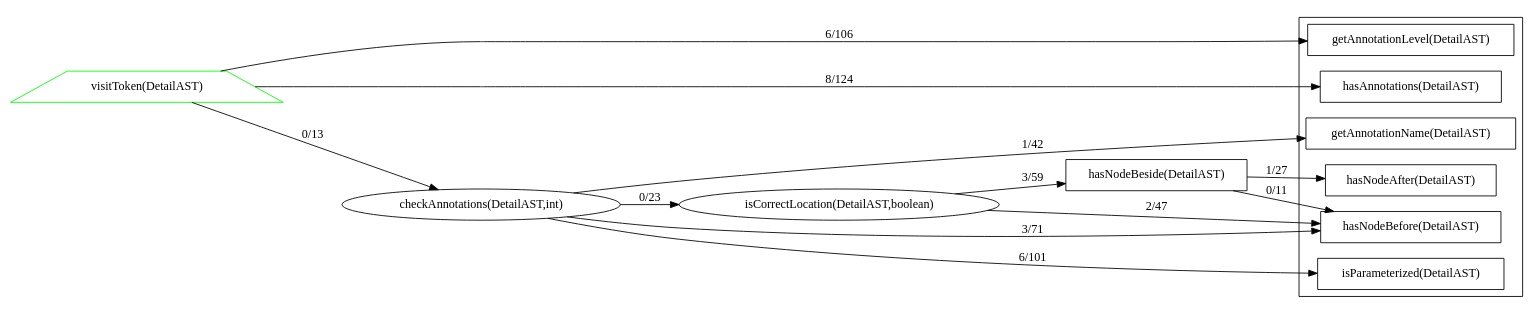
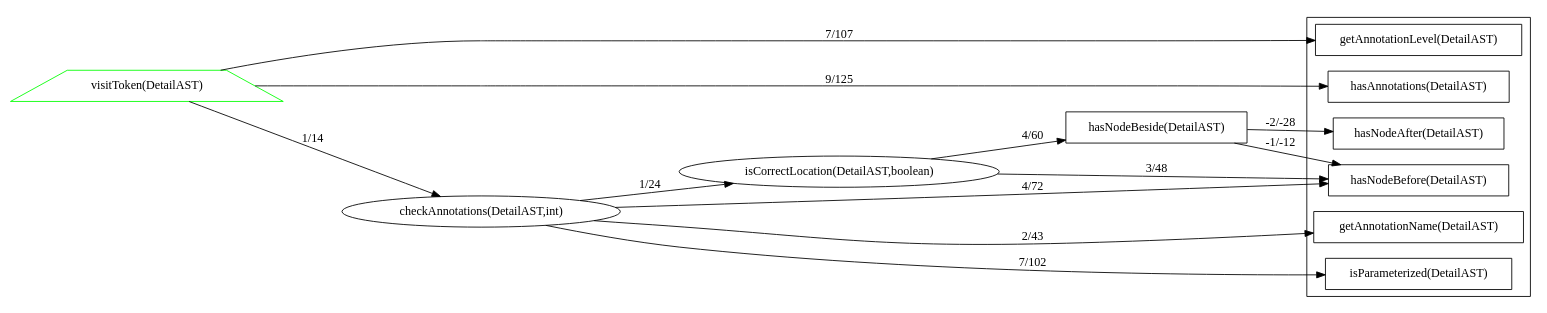
One commit to alex-zuy/alex-zuy.github.io changed the diagram in dot/before_AnnotationLocationCheck.java.dot. Above: the diagram before and after it, drawn with Graphviz. The commit also changed 11 other files, not shown here.

```diff
--- a/dot/before_AnnotationLocationCheck.java.dot
+++ b/dot/before_AnnotationLocationCheck.java.dot
@@ -1,40 +1,40 @@
 digraph dependencies {
 rankdir = "LR";
 subgraph clustersimple {
-"hasNodeBefore(DetailAST)" [ color="#000000ff" shape="polygon" ];
 "getAnnotationLevel(DetailAST)" [ color="#000000ff" shape="polygon" ];
-"isParameterized(DetailAST)" [ color="#000000ff" shape="polygon" ];
-"hasAnnotations(DetailAST)" [ color="#000000ff" shape="polygon" ];
 "getAnnotationName(DetailAST)" [ color="#000000ff" shape="polygon" ];
 "hasNodeAfter(DetailAST)" [ color="#000000ff" shape="polygon" ];
+"hasNodeBefore(DetailAST)" [ color="#000000ff" shape="polygon" ];
+"hasAnnotations(DetailAST)" [ color="#000000ff" shape="polygon" ];
+"isParameterized(DetailAST)" [ color="#000000ff" shape="polygon" ];
 }
+"checkAnnotations(DetailAST,int)" [ color="#000000ff" ];
 "hasNodeBeside(DetailAST)" [ color="#000000ff" shape="polygon" ];
+"isCorrectLocation(DetailAST,boolean)" [ color="#000000ff" ];
 "visitToken(DetailAST)" [ color="#00ff00ff" shape="trapezium" ];
-"checkAnnotations(DetailAST,int)" [ color="#000000ff" ];
-"isCorrectLocation(DetailAST,boolean)" [ color="#000000ff" ];
-"hasNodeBeside(DetailAST)" -> "hasNodeBefore(DetailAST)" [ label="0/11" ];
-"hasNodeBeside(DetailAST)" -> "hasNodeAfter(DetailAST)" [ label="1/27" ];
-"visitToken(DetailAST)" -> "getAnnotationLevel(DetailAST)" [ label="6/106" ];
-"visitToken(DetailAST)" -> "hasAnnotations(DetailAST)" [ label="8/124" ];
-"visitToken(DetailAST)" -> "checkAnnotations(DetailAST,int)" [ label="0/13" ];
-"checkAnnotations(DetailAST,int)" -> "hasNodeBefore(DetailAST)" [ label="3/71" ];
-"checkAnnotations(DetailAST,int)" -> "isParameterized(DetailAST)" [ label="6/101" ];
-"checkAnnotations(DetailAST,int)" -> "isCorrectLocation(DetailAST,boolean)" [ label="0/23" ];
-"checkAnnotations(DetailAST,int)" -> "getAnnotationName(DetailAST)" [ label="1/42" ];
-"isCorrectLocation(DetailAST,boolean)" -> "hasNodeBefore(DetailAST)" [ label="2/47" ];
-"isCorrectLocation(DetailAST,boolean)" -> "hasNodeBeside(DetailAST)" [ label="3/59" ];
+"checkAnnotations(DetailAST,int)" -> "isParameterized(DetailAST)" [ label="7/102" ];
+"checkAnnotations(DetailAST,int)" -> "isCorrectLocation(DetailAST,boolean)" [ label="1/24" ];
+"checkAnnotations(DetailAST,int)" -> "getAnnotationName(DetailAST)" [ label="2/43" ];
+"checkAnnotations(DetailAST,int)" -> "hasNodeBefore(DetailAST)" [ label="4/72" ];
+"hasNodeBeside(DetailAST)" -> "hasNodeBefore(DetailAST)" [ label="-1/-12" ];
+"hasNodeBeside(DetailAST)" -> "hasNodeAfter(DetailAST)" [ label="-2/-28" ];
+"isCorrectLocation(DetailAST,boolean)" -> "hasNodeBefore(DetailAST)" [ label="3/48" ];
+"isCorrectLocation(DetailAST,boolean)" -> "hasNodeBeside(DetailAST)" [ label="4/60" ];
+"visitToken(DetailAST)" -> "hasAnnotations(DetailAST)" [ label="9/125" ];
+"visitToken(DetailAST)" -> "getAnnotationLevel(DetailAST)" [ label="7/107" ];
+"visitToken(DetailAST)" -> "checkAnnotations(DetailAST,int)" [ label="1/14" ];
 /*
 Legend
 Node border color:
     a) GREEN - public
     b) YELLOW - protected
     c) BLACK - private
     d) BLUE - default
 Node shape:
     if static - rectangle
     otherwise if override - trapezium
     otherwise if overloaded - triangle
     otherwise ellipse
 
 */
 }
```
